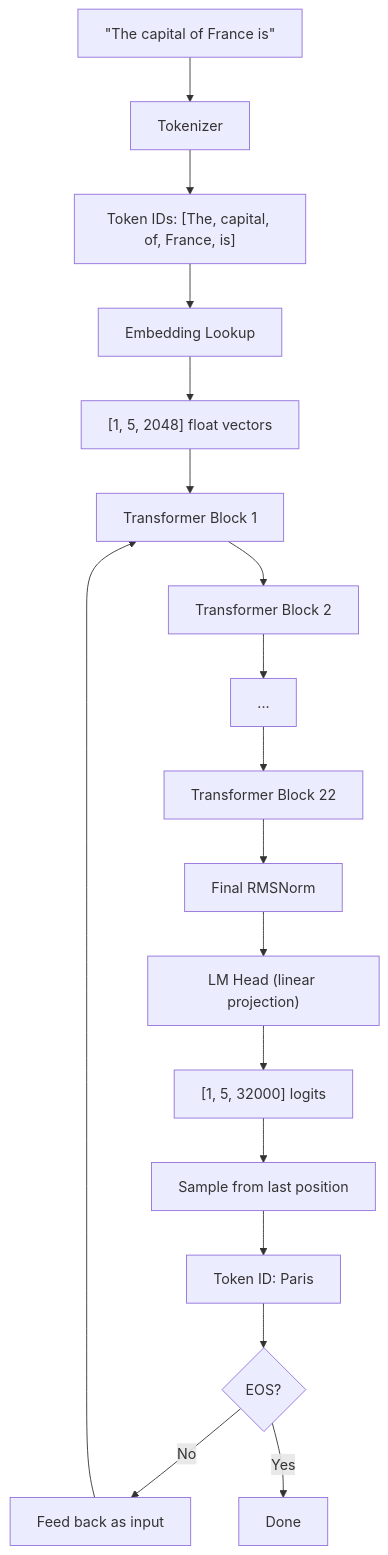
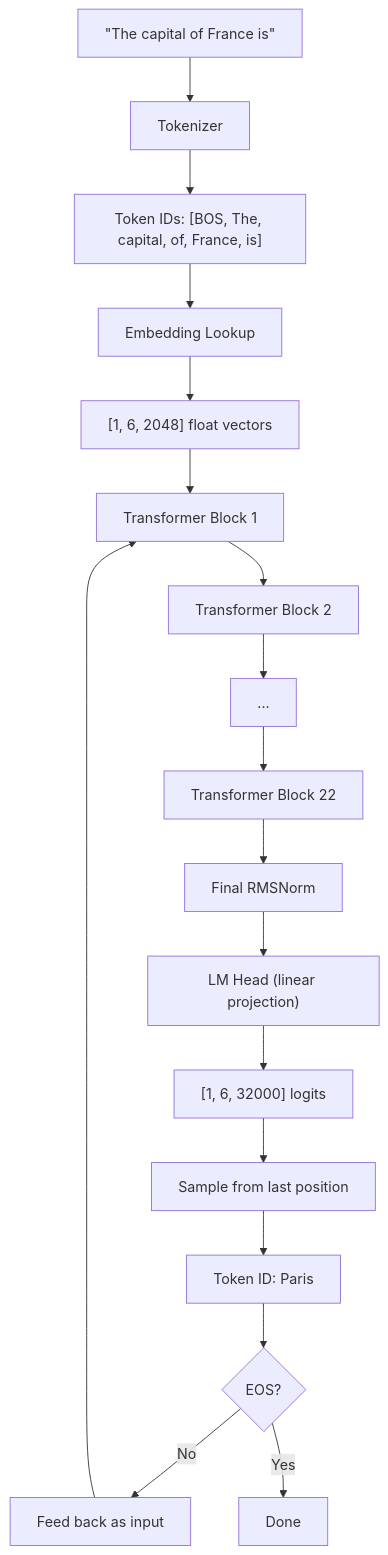
One commit to mrcloudchase/mrcloudchase-blog changed the first of 2 diagrams in posts/2026-03-09-life-of-a-token-inside-an-llm.md. Above: the diagram before and after it, drawn with Mermaid. The commit also changed 3 other files, not shown here.

````diff
--- a/posts/2026-03-09-life-of-a-token-inside-an-llm.md
+++ b/posts/2026-03-09-life-of-a-token-inside-an-llm.md
@@ -18,20 +18,20 @@
 ```mermaid
 graph TD
     A["&quot;The capital of France is&quot;"] --> B[Tokenizer]
-    B --> C["Token IDs: [The, capital, of, France, is]"]
+    B --> C["Token IDs: [BOS, The, capital, of, France, is]"]
     C --> D["Embedding Lookup"]
-    D --> E["[1, 5, 2048] float vectors"]
+    D --> E["[1, 6, 2048] float vectors"]
     E --> F["Transformer Block 1"]
     F --> G["Transformer Block 2"]
     G --> H["..."]
     H --> I["Transformer Block 22"]
     I --> J["Final RMSNorm"]
     J --> K["LM Head (linear projection)"]
-    K --> L["[1, 5, 32000] logits"]
+    K --> L["[1, 6, 32000] logits"]
     L --> M["Sample from last position"]
     M --> N["Token ID: Paris"]
     N --> O{EOS?}
     O -->|No| P["Feed back as input"]
     P --> F
     O -->|Yes| Q["Done"]
 ```
````
